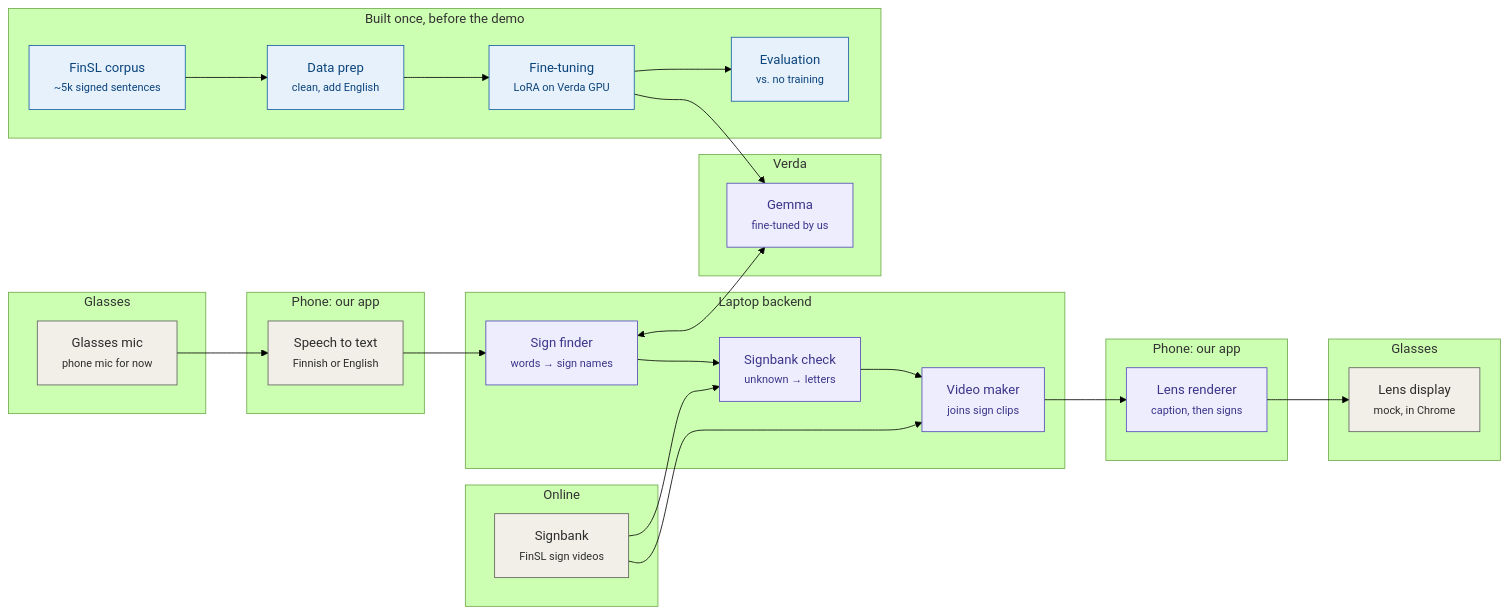
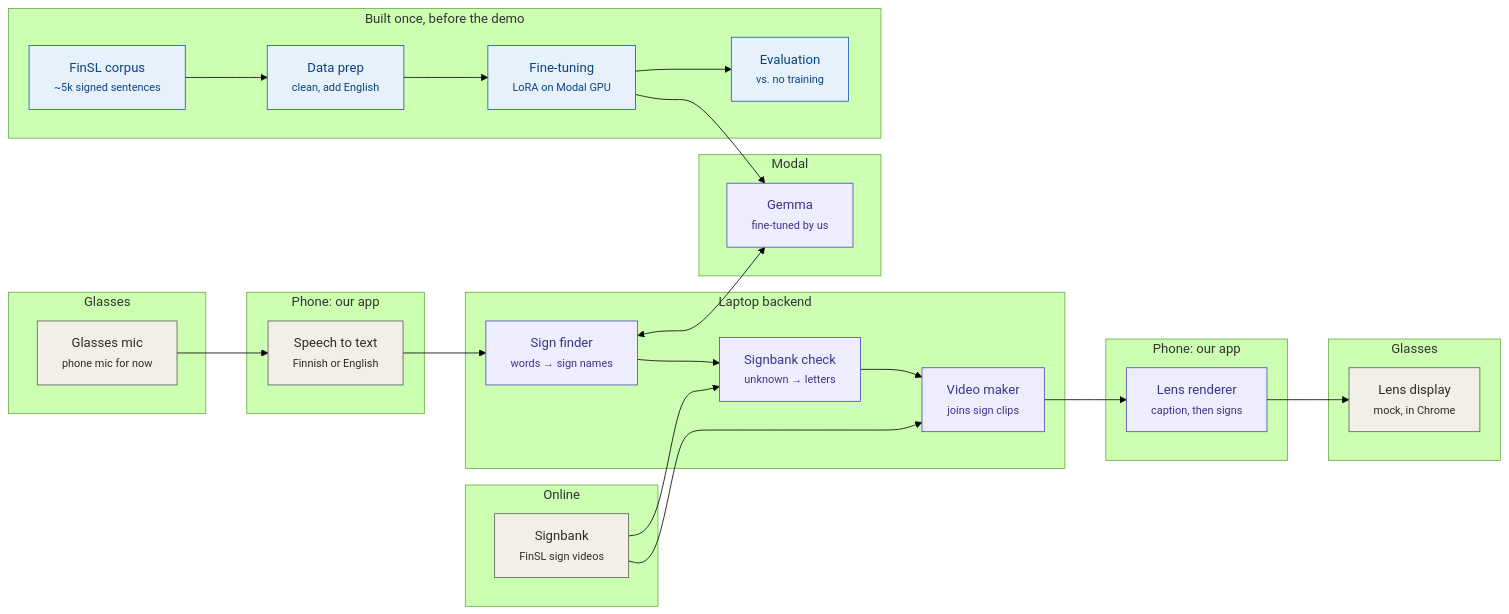
Before and after one commit to mushfiqulIslam/sign_talk: the third of 4 diagrams in docs/architecture.md, drawn with Mermaid (forest theme). The commit also changed other lines of this file and 40 other files, not shown here.

Commit message:
add training process and updated architecture

````diff
--- a/docs/architecture.md
+++ b/docs/architecture.md
@@ -110,44 +110,44 @@
 ```mermaid
 flowchart LR
   subgraph GlassesIn["Glasses"]
     mic["Glasses mic<br/><small>phone mic for now</small>"]
   end
   subgraph PhoneIn["Phone: our app"]
     stt["Speech to text<br/><small>Finnish or English</small>"]
   end
   subgraph Backend["Laptop backend"]
     finder["Sign finder<br/><small>words → sign names</small>"]
     check["Signbank check<br/><small>unknown → letters</small>"]
     maker["Video maker<br/><small>joins sign clips</small>"]
   end
   subgraph PhoneOut["Phone: our app"]
     render["Lens renderer<br/><small>caption, then signs</small>"]
   end
   subgraph GlassesOut["Glasses"]
     lens["Lens display<br/><small>mock, in Chrome</small>"]
   end
-  subgraph Verda["Verda"]
+  subgraph Modal["Modal"]
     gemma["Gemma<br/><small>fine-tuned by us</small>"]
   end
   subgraph Online["Online"]
     signbank["Signbank<br/><small>FinSL sign videos</small>"]
   end
   subgraph Once["Built once, before the demo"]
     corpus["FinSL corpus<br/><small>~5k signed sentences</small>"]
     prep["Data prep<br/><small>clean, add English</small>"]
-    tune["Fine-tuning<br/><small>LoRA on Verda GPU</small>"]
+    tune["Fine-tuning<br/><small>LoRA on Modal GPU</small>"]
     evalx["Evaluation<br/><small>vs. no training</small>"]
   end
   mic --> stt --> finder --> check --> maker --> render --> lens
   finder <--> gemma
   signbank --> check
   signbank --> maker
   corpus --> prep --> tune --> evalx
   tune --> gemma
   classDef old fill:#F1EFE8,stroke:#5F5E5A,color:#2C2C2A
   classDef live fill:#EEEDFE,stroke:#534AB7,color:#3C3489
   classDef once fill:#E6F1FB,stroke:#185FA5,color:#0C447C
   class mic,stt,lens,signbank old
   class finder,check,maker,render,gemma live
   class corpus,prep,tune,evalx once
 ```
````
